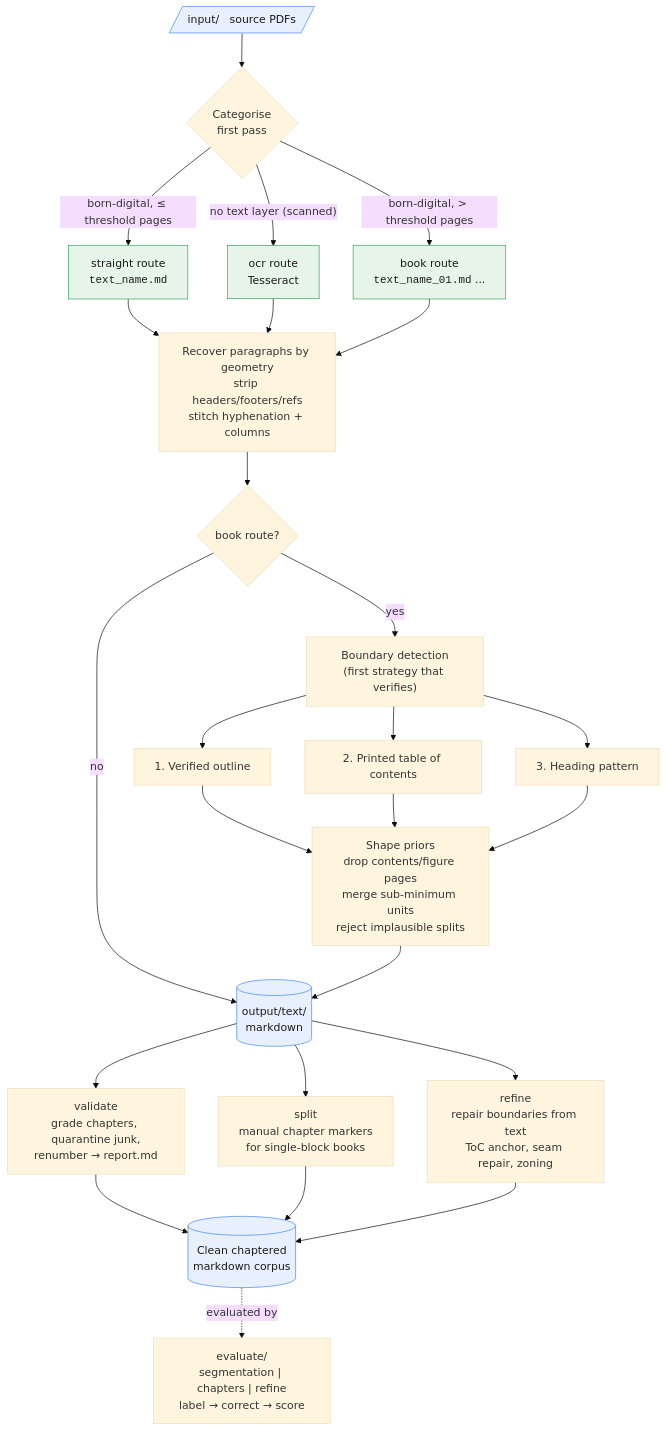
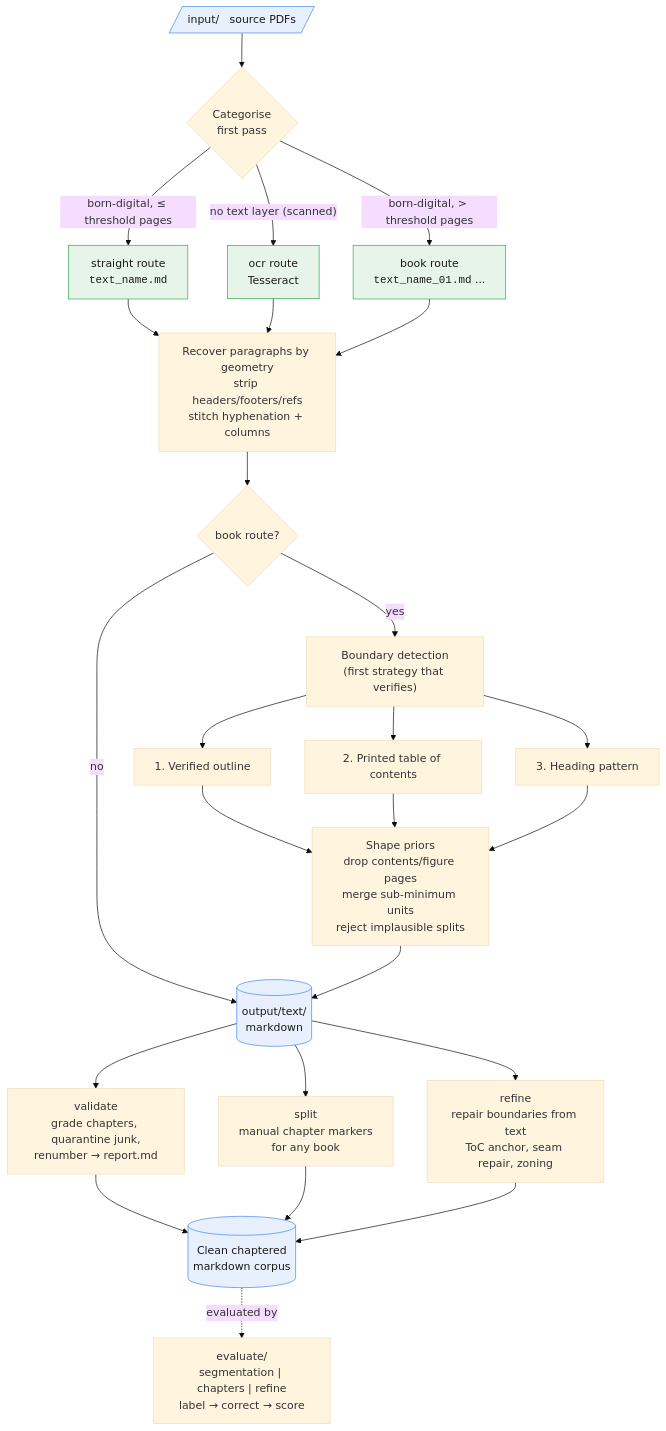
The diagram in workers/pepa-prep/README.md (mashud37/pepa-workers), drawn with Mermaid (base theme) before and after one commit. The commit also changed other lines of this file and 44 other files, not shown here.

````diff
--- a/workers/pepa-prep/README.md
+++ b/workers/pepa-prep/README.md
@@ -7,39 +7,39 @@
 ```mermaid
 flowchart TD
     IN[/"input/ &nbsp; source PDFs"/] --> CAT{"Categorise<br/>first pass"}
 
     CAT -->|"born-digital, &le; threshold pages"| STRAIGHT["straight route<br/><code>text_name.md</code>"]
     CAT -->|"born-digital, &gt; threshold pages"| BOOK["book route<br/><code>text_name_01.md</code> ..."]
     CAT -->|"no text layer (scanned)"| OCR["ocr route<br/>Tesseract"]
 
     STRAIGHT --> GEOM["Recover paragraphs by geometry<br/>strip headers/footers/refs<br/>stitch hyphenation + columns"]
     OCR --> GEOM
     BOOK --> GEOM
 
     GEOM --> ISBOOK{"book route?"}
     ISBOOK -->|no| MD[("output/text/<br/>markdown")]
 
     ISBOOK -->|yes| BND["Boundary detection<br/>(first strategy that verifies)"]
     BND --> S1["1. Verified outline"]
     BND --> S2["2. Printed table of contents"]
     BND --> S3["3. Heading pattern"]
     S1 --> PRIOR["Shape priors<br/>drop contents/figure pages<br/>merge sub-minimum units<br/>reject implausible splits"]
     S2 --> PRIOR
     S3 --> PRIOR
     PRIOR --> MD
 
     MD --> VAL["validate<br/>grade chapters, quarantine junk,<br/>renumber &rarr; report.md"]
-    MD --> SPLIT["split<br/>manual chapter markers<br/>for single-block books"]
+    MD --> SPLIT["split<br/>manual chapter markers<br/>for any book"]
     MD --> REF["refine<br/>repair boundaries from text<br/>ToC anchor, seam repair, zoning"]
 
     VAL --> FINAL[("Clean chaptered<br/>markdown corpus")]
     SPLIT --> FINAL
     REF --> FINAL
 
     FINAL -.evaluated by.-> EVAL["evaluate/<br/>segmentation | chapters | refine<br/>label &rarr; correct &rarr; score"]
 
     classDef store fill:#e8f0fe,stroke:#4285f4,color:#1a1a1a;
     classDef route fill:#e6f4ea,stroke:#34a853,color:#1a1a1a;
     class IN,MD,FINAL store;
     class STRAIGHT,BOOK,OCR route;
 ```
````
